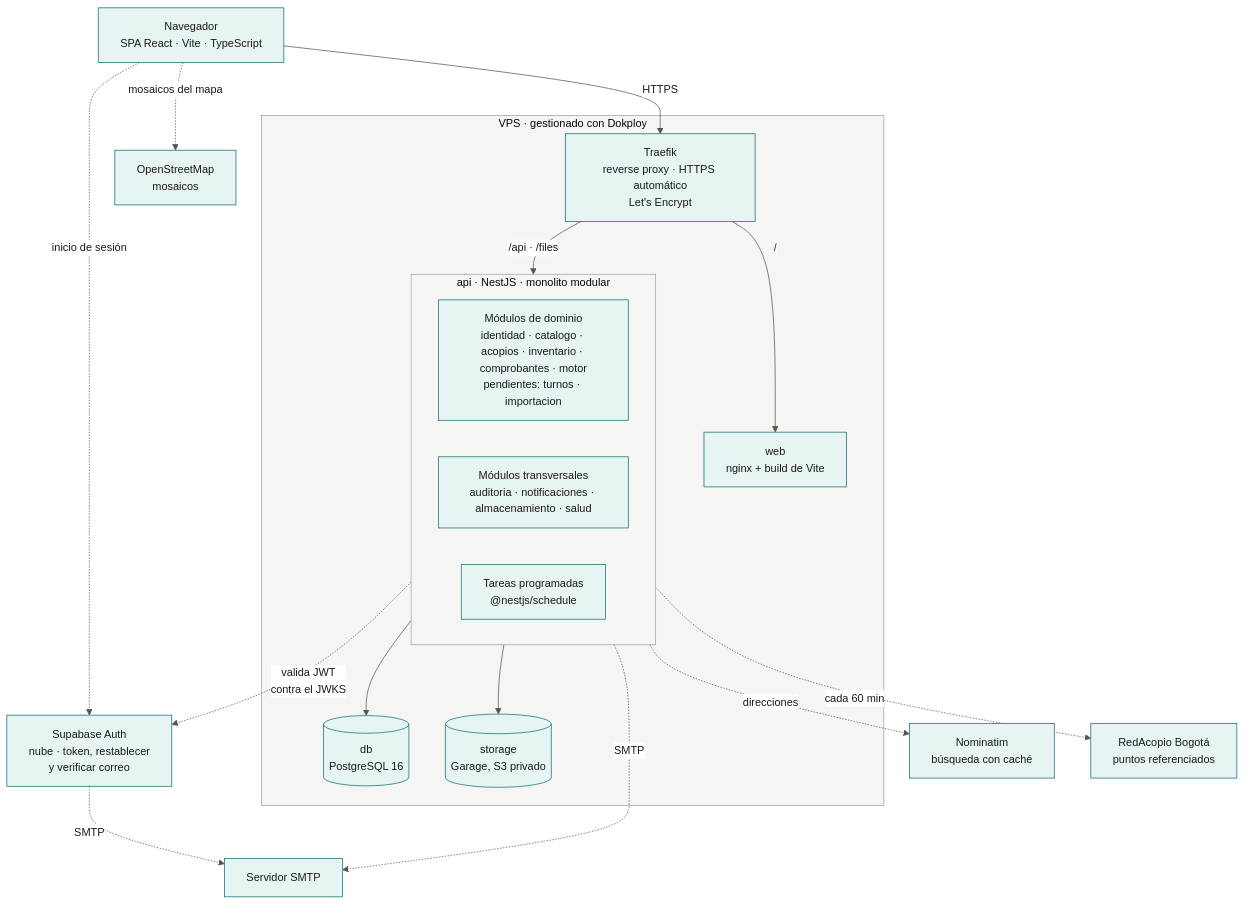
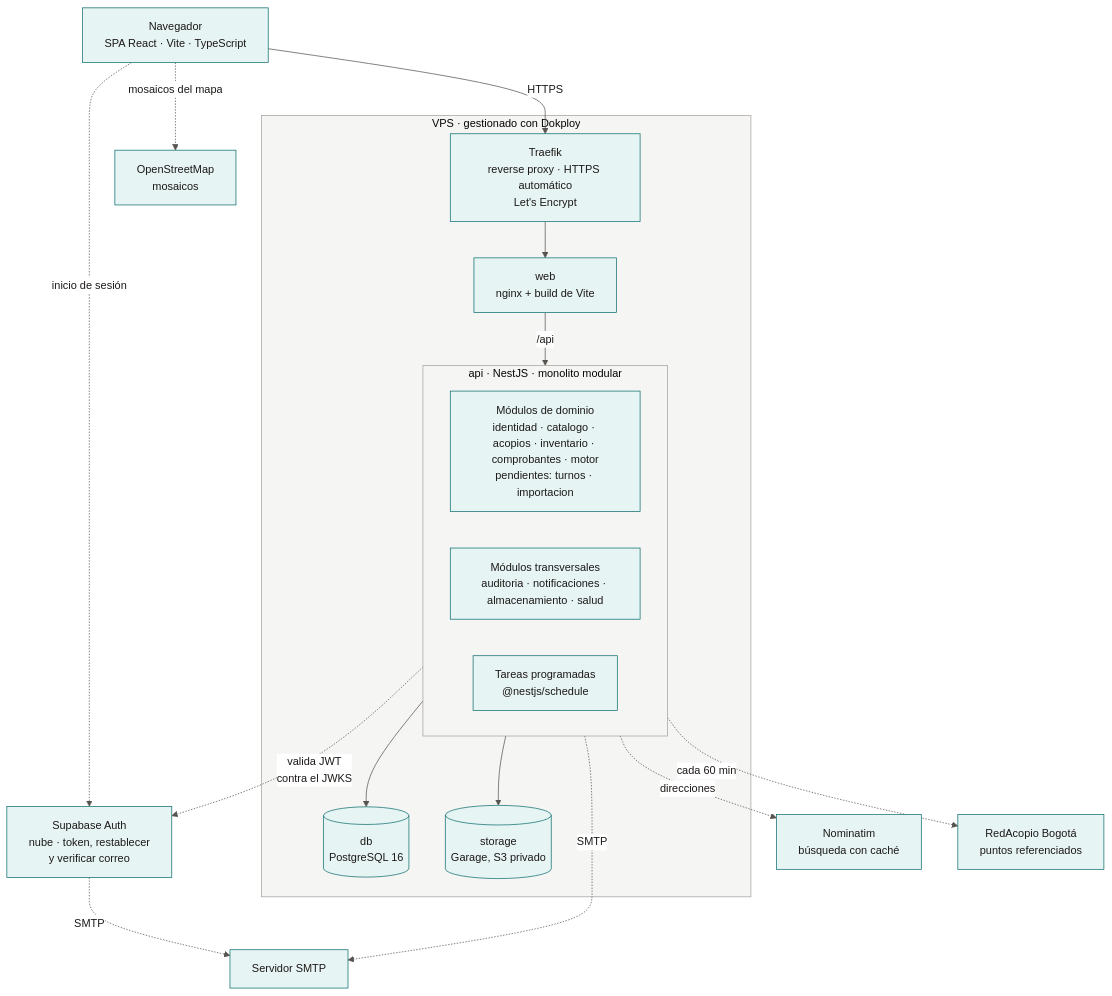
Before and after one commit to Proyecto-IngSoftware/acopio: the diagram in docs/02-arquitectura/diagramas/mmd/arquitectura-02-contenedores.mmd, drawn with Mermaid. The commit also changed 6 other files, not shown here.

```diff
--- a/docs/02-arquitectura/diagramas/mmd/arquitectura-02-contenedores.mmd
+++ b/docs/02-arquitectura/diagramas/mmd/arquitectura-02-contenedores.mmd
@@ -1,30 +1,30 @@
 %%{init: {"theme":"base","themeVariables":{"fontFamily":"Inter, Segoe UI, Arial, sans-serif","fontSize":"15px","primaryColor":"#E6F4F4","primaryTextColor":"#1C1917","primaryBorderColor":"#0F6E6E","secondaryColor":"#C7E8E8","tertiaryColor":"#FAFAF9","lineColor":"#57534E","textColor":"#1C1917","mainBkg":"#E6F4F4","nodeBorder":"#0F6E6E","clusterBkg":"#F5F5F4","clusterBorder":"#A8A29E","edgeLabelBackground":"#FFFFFF","attributeBackgroundColorOdd":"#FFFFFF","attributeBackgroundColorEven":"#F5F5F4"},"er":{"useMaxWidth":false},"flowchart":{"useMaxWidth":false,"htmlLabels":true,"curve":"basis"}}}%%
 flowchart TB
     Cliente["Navegador<br/>SPA React · Vite · TypeScript"] -->|HTTPS| Traefik
     Cliente -.->|"inicio de sesión"| SupabaseAuth["Supabase Auth<br/>nube · token, restablecer<br/>y verificar correo"]
     Cliente -.->|"mosaicos del mapa"| OSM["OpenStreetMap<br/>mosaicos"]
 
     subgraph VPS["VPS · gestionado con Dokploy"]
         Traefik["Traefik<br/>reverse proxy · HTTPS automático<br/>Let's Encrypt"]
         Web["web<br/>nginx + build de Vite"]
 
         subgraph API["api · NestJS · monolito modular"]
             Dominio["Módulos de dominio<br/>identidad · catalogo · acopios · inventario · comprobantes · motor<br/>pendientes: turnos · importacion"]
             Transversales["Módulos transversales<br/>auditoria · notificaciones · almacenamiento · salud"]
             Tareas["Tareas programadas<br/>@nestjs/schedule"]
         end
 
         DB[("db<br/>PostgreSQL 16")]
         Storage[("storage<br/>Garage, S3 privado")]
 
-        Traefik -->|"/"| Web
-        Traefik -->|"/api · /files"| API
+        Traefik --> Web
+        Web -->|"/api"| API
         API --> DB
         API --> Storage
     end
 
     API -.->|"valida JWT<br/>contra el JWKS"| SupabaseAuth
     API -.->|SMTP| SMTP["Servidor SMTP"]
     SupabaseAuth -.->|SMTP| SMTP
     API -.->|"direcciones"| Nominatim["Nominatim<br/>búsqueda con caché"]
     API -.->|"cada 60 min"| RedAcopio["RedAcopio Bogotá<br/>puntos referenciados"]
```
